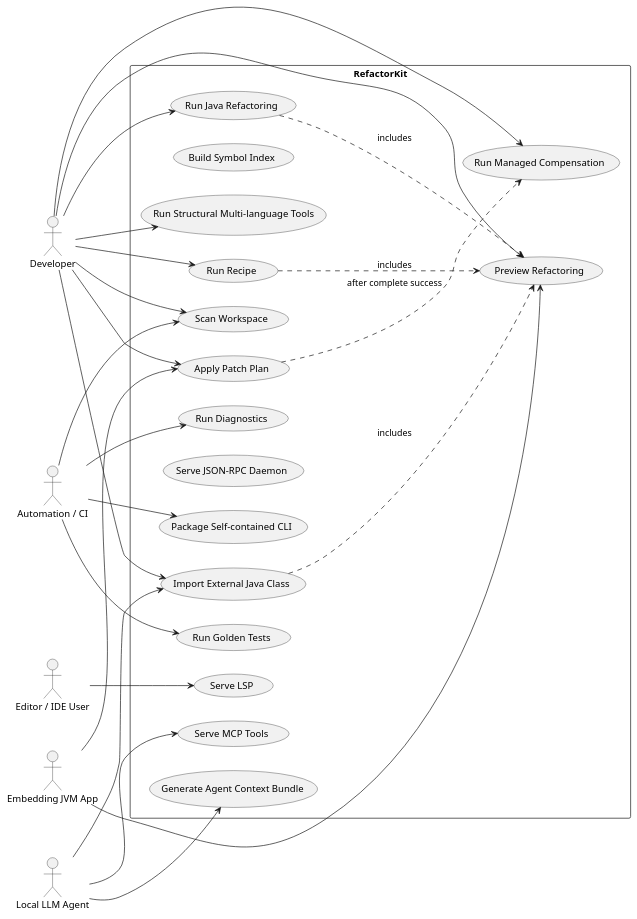
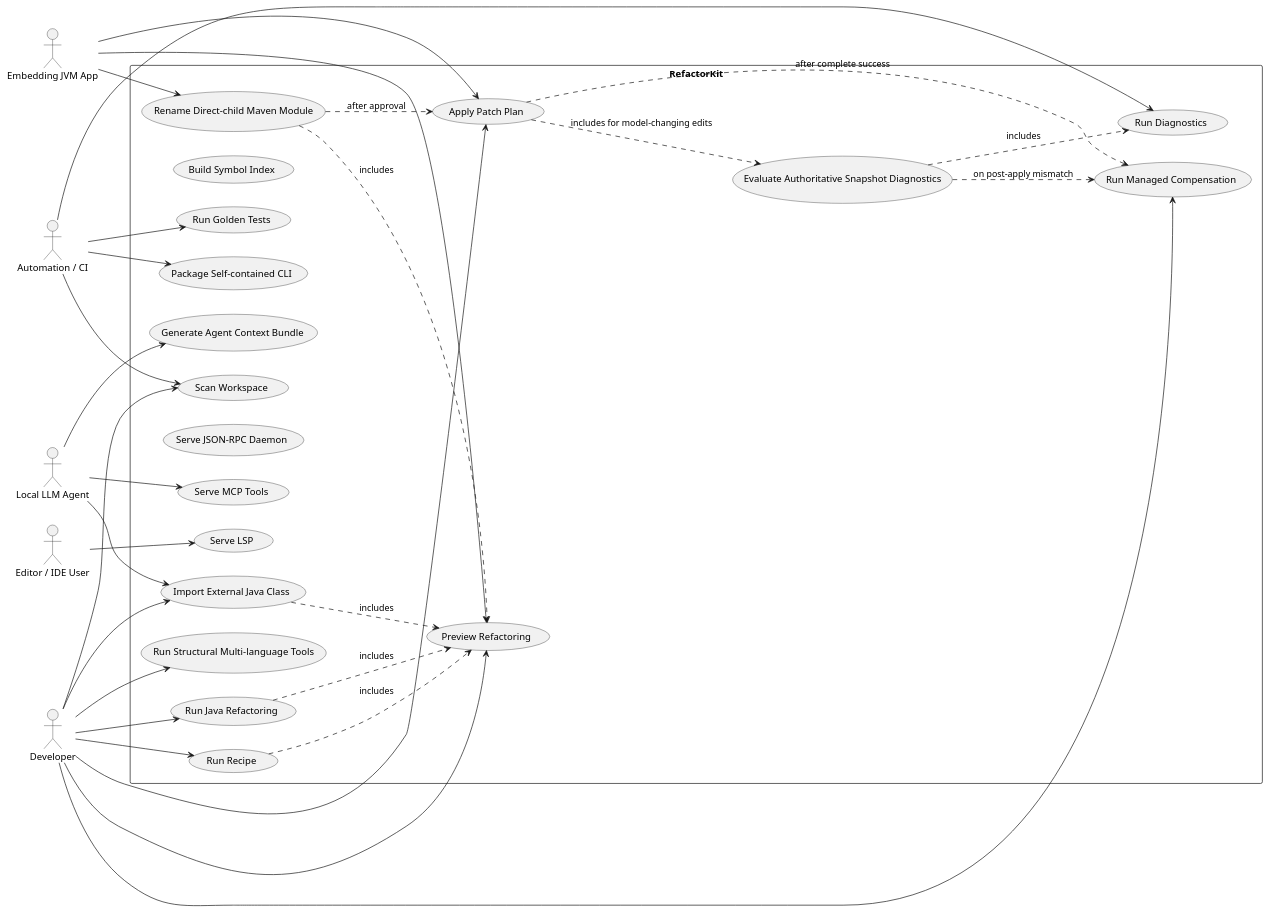
One commit to mgiustiniani/refactorkit changed the diagram in docs/arc42/appendix-requirements.adoc. Above: the diagram before and after it, drawn with PlantUML. The commit also changed other lines of this file and 35 other files, not shown here.

Commit message:
Harden authoritative Maven module rename

```diff
--- a/docs/arc42/appendix-requirements.adoc
+++ b/docs/arc42/appendix-requirements.adoc
@@ -100,51 +108,59 @@
 [source,plantuml]
 ----
 @startuml
 left to right direction
 actor Developer
 actor "Automation / CI" as CI
 actor "Editor / IDE User" as IDEUser
 actor "Local LLM Agent" as Agent
 actor "Embedding JVM App" as App
 rectangle RefactorKit {
   usecase "Scan Workspace" as UC_SCAN
   usecase "Build Symbol Index" as UC_SYMBOLS
   usecase "Run Diagnostics" as UC_DIAG
+  usecase "Evaluate Authoritative Snapshot Diagnostics" as UC_AUTH_DIAG
   usecase "Preview Refactoring" as UC_PREVIEW
   usecase "Apply Patch Plan" as UC_APPLY
   usecase "Run Managed Compensation" as UC_ROLLBACK
   usecase "Run Java Refactoring" as UC_JAVA
+  usecase "Rename Direct-child Maven Module" as UC_MODULE_RENAME
   usecase "Run Recipe" as UC_RECIPE
   usecase "Import External Java Class" as UC_IMPORT
   usecase "Serve JSON-RPC Daemon" as UC_DAEMON
   usecase "Serve LSP" as UC_LSP
   usecase "Serve MCP Tools" as UC_MCP
   usecase "Generate Agent Context Bundle" as UC_CONTEXT
   usecase "Package Self-contained CLI" as UC_PACKAGE
   usecase "Run Golden Tests" as UC_GOLDEN
   usecase "Run Structural Multi-language Tools" as UC_STRUCT
 }
 Developer --> UC_SCAN
 Developer --> UC_PREVIEW
 Developer --> UC_APPLY
 Developer --> UC_ROLLBACK
 Developer --> UC_JAVA
 Developer --> UC_RECIPE
 Developer --> UC_IMPORT
 Developer --> UC_STRUCT
 CI --> UC_SCAN
 CI --> UC_DIAG
 CI --> UC_PACKAGE
 CI --> UC_GOLDEN
 IDEUser --> UC_LSP
 Agent --> UC_MCP
 Agent --> UC_CONTEXT
 Agent --> UC_IMPORT
 App --> UC_PREVIEW
 App --> UC_APPLY
+App --> UC_MODULE_RENAME
+UC_APPLY ..> UC_AUTH_DIAG : includes for model-changing edits
+UC_AUTH_DIAG ..> UC_DIAG : includes
+UC_AUTH_DIAG ..> UC_ROLLBACK : on post-apply mismatch
 UC_JAVA ..> UC_PREVIEW : includes
+UC_MODULE_RENAME ..> UC_PREVIEW : includes
+UC_MODULE_RENAME ..> UC_APPLY : after approval
 UC_RECIPE ..> UC_PREVIEW : includes
 UC_IMPORT ..> UC_PREVIEW : includes
 UC_APPLY ..> UC_ROLLBACK : after complete success
 @enduml
 ----
```
